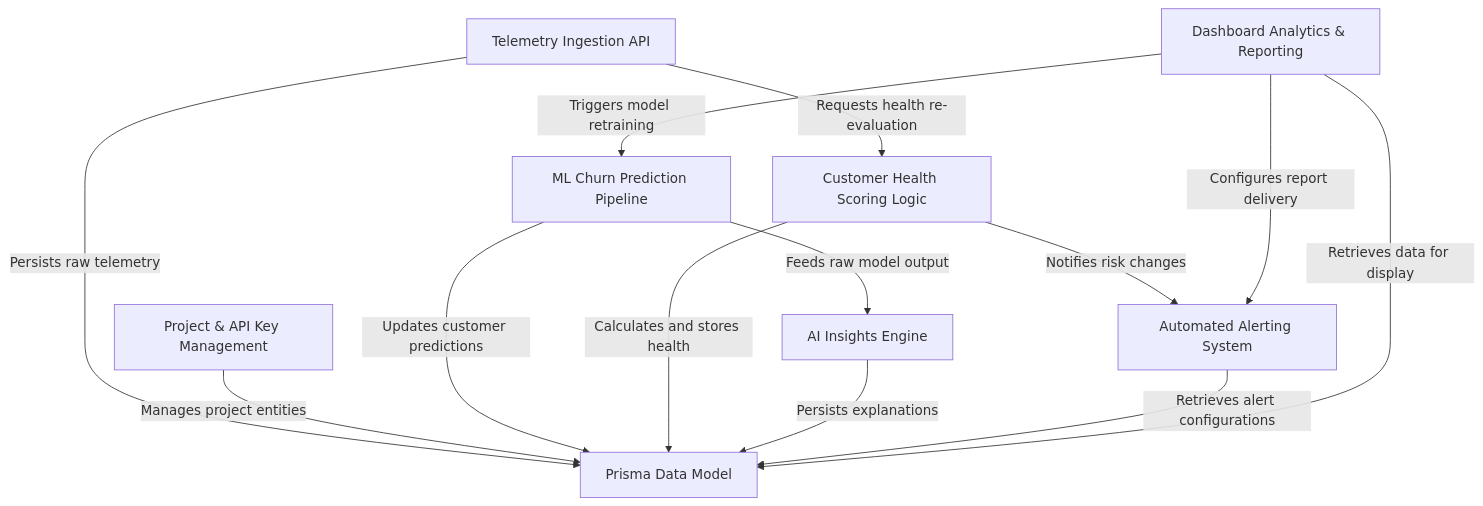
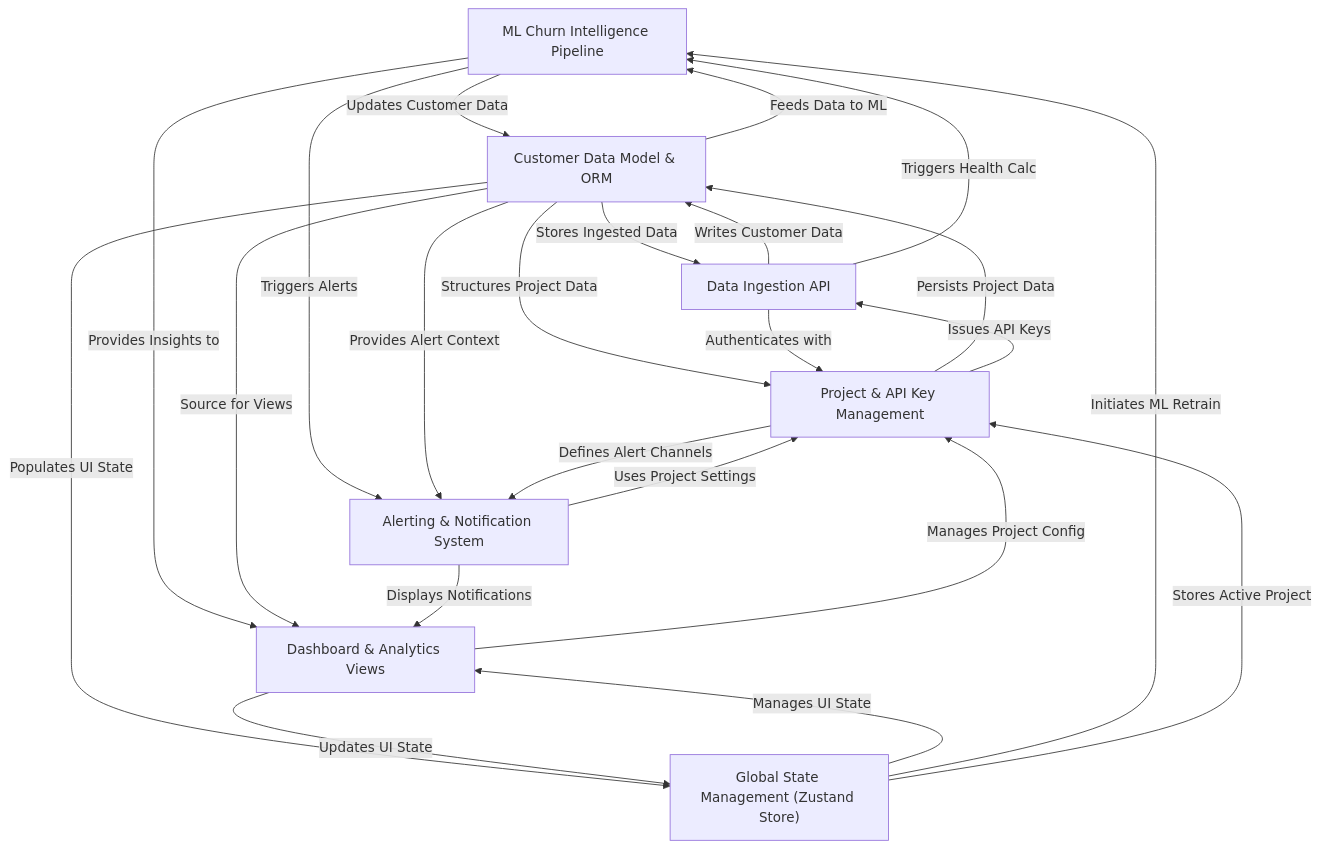
One commit to Uvesh-Multani/churnova-ai changed the first of 10 diagrams in README.md. Above: the diagram before and after it, drawn with Mermaid. The commit also changed other lines of this file, not shown here.

Commit message:
Update visual overview in README.md

````diff
--- a/README.md
+++ b/README.md
@@ -12,31 +12,39 @@
 ```mermaid
 flowchart TD
-    A0["Prisma Data Model
+    A0["ML Churn Intelligence Pipeline
 "]
-    A1["Telemetry Ingestion API
+    A1["Customer Data Model & ORM
 "]
-    A2["ML Churn Prediction Pipeline
+    A2["Data Ingestion API
 "]
-    A3["AI Insights Engine
+    A3["Global State Management (Zustand Store)
 "]
-    A4["Customer Health Scoring Logic
+    A4["Alerting & Notification System
 "]
-    A5["Dashboard Analytics & Reporting
+    A5["Dashboard & Analytics Views
 "]
-    A6["Automated Alerting System
+    A6["Project & API Key Management
 "]
-    A7["Project & API Key Management
-"]
-    A1 -- "Persists raw telemetry" --> A0
-    A7 -- "Manages project entities" --> A0
-    A2 -- "Updates customer predictions" --> A0
-    A4 -- "Calculates and stores health" --> A0
-    A2 -- "Feeds raw model output" --> A3
-    A3 -- "Persists explanations" --> A0
-    A4 -- "Notifies risk changes" --> A6
-    A6 -- "Retrieves alert configurations" --> A0
-    A5 -- "Retrieves data for display" --> A0
-    A5 -- "Triggers model retraining" --> A2
-    A5 -- "Configures report delivery" --> A6
-    A1 -- "Requests health re-evaluation" --> A4
+    A0 -- "Updates Customer Data" --> A1
+    A0 -- "Triggers Alerts" --> A4
+    A0 -- "Provides Insights to" --> A5
+    A1 -- "Feeds Data to ML" --> A0
+    A1 -- "Stores Ingested Data" --> A2
+    A1 -- "Populates UI State" --> A3
+    A1 -- "Provides Alert Context" --> A4
+    A1 -- "Source for Views" --> A5
+    A1 -- "Structures Project Data" --> A6
+    A2 -- "Writes Customer Data" --> A1
+    A2 -- "Triggers Health Calc" --> A0
+    A2 -- "Authenticates with" --> A6
+    A3 -- "Manages UI State" --> A5
+    A3 -- "Initiates ML Retrain" --> A0
+    A3 -- "Stores Active Project" --> A6
+    A4 -- "Displays Notifications" --> A5
+    A4 -- "Uses Project Settings" --> A6
+    A5 -- "Updates UI State" --> A3
+    A5 -- "Manages Project Config" --> A6
+    A6 -- "Persists Project Data" --> A1
+    A6 -- "Issues API Keys" --> A2
+    A6 -- "Defines Alert Channels" --> A4
 ```
````
